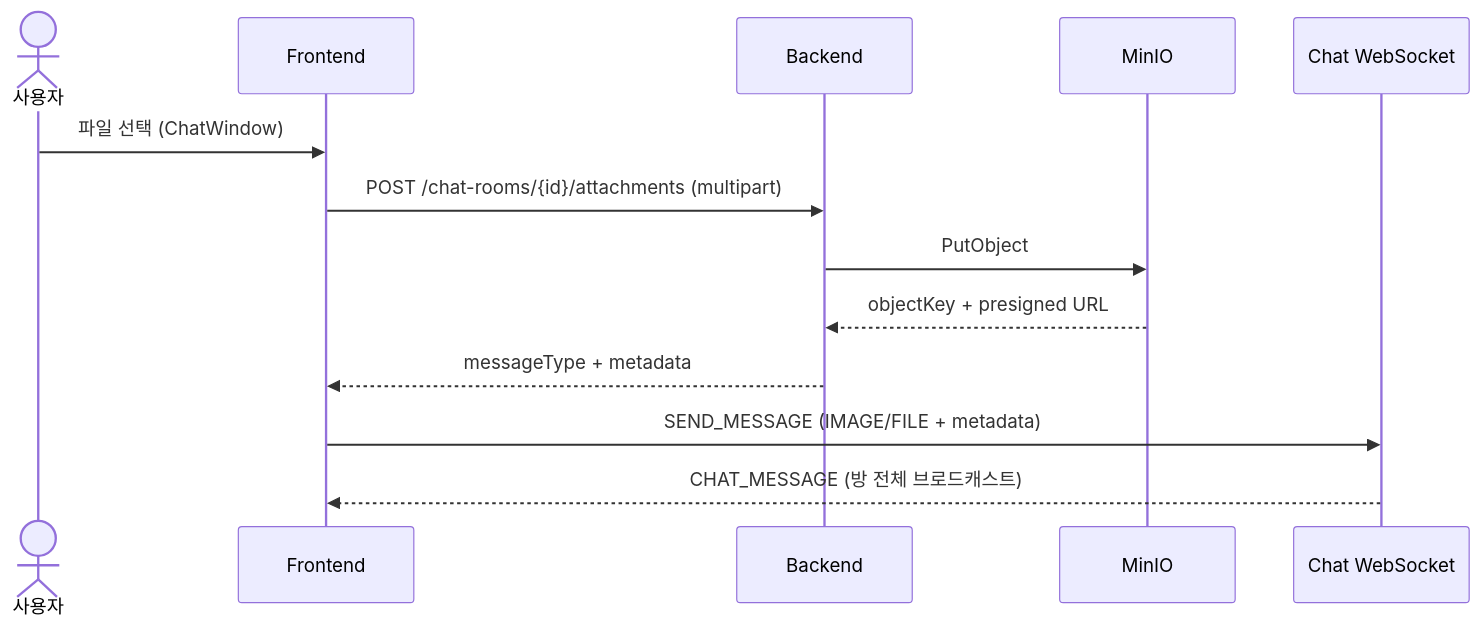
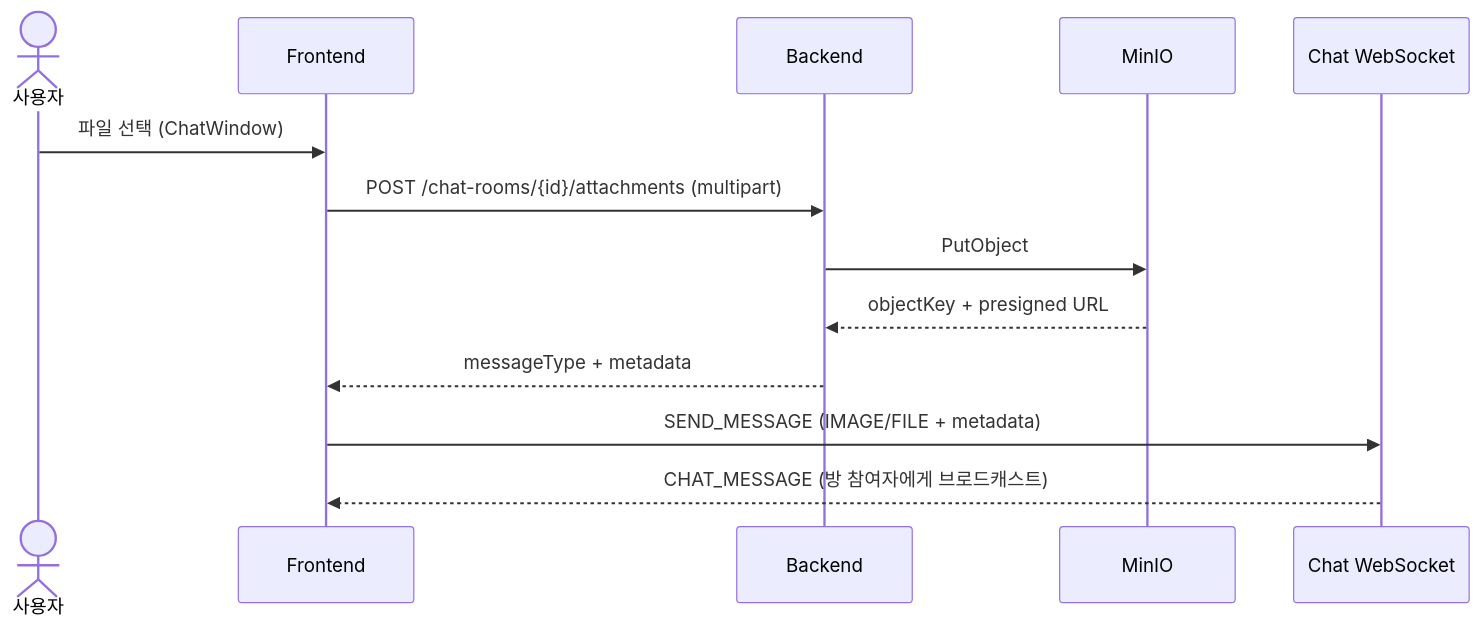
Before and after one commit to skyleedevzero86/studyKotlin: the sixth of 7 diagrams in ko_chat/README.md, drawn with Mermaid. The commit also changed other lines of this file and 16 other files, not shown here.

````diff
--- a/ko_chat/README.md
+++ b/ko_chat/README.md
@@ -466,16 +550,16 @@
 ```mermaid
 sequenceDiagram
     actor U as 사용자
     participant F as Frontend
     participant B as Backend
     participant M as MinIO
     participant WS as Chat WebSocket
 
     U->>F: 파일 선택 (ChatWindow)
     F->>B: POST /chat-rooms/{id}/attachments (multipart)
     B->>M: PutObject
     M-->>B: objectKey + presigned URL
     B-->>F: messageType + metadata
     F->>WS: SEND_MESSAGE (IMAGE/FILE + metadata)
-    WS-->>F: CHAT_MESSAGE (방 전체 브로드캐스트)
+    WS-->>F: CHAT_MESSAGE (방 참여자에게 브로드캐스트)
 ```
````
